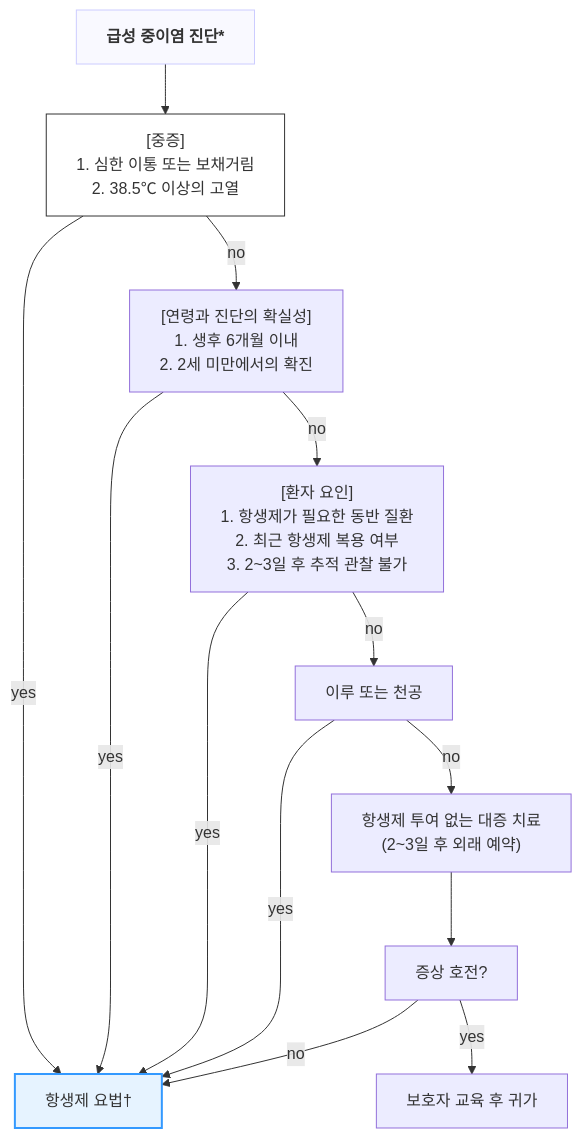
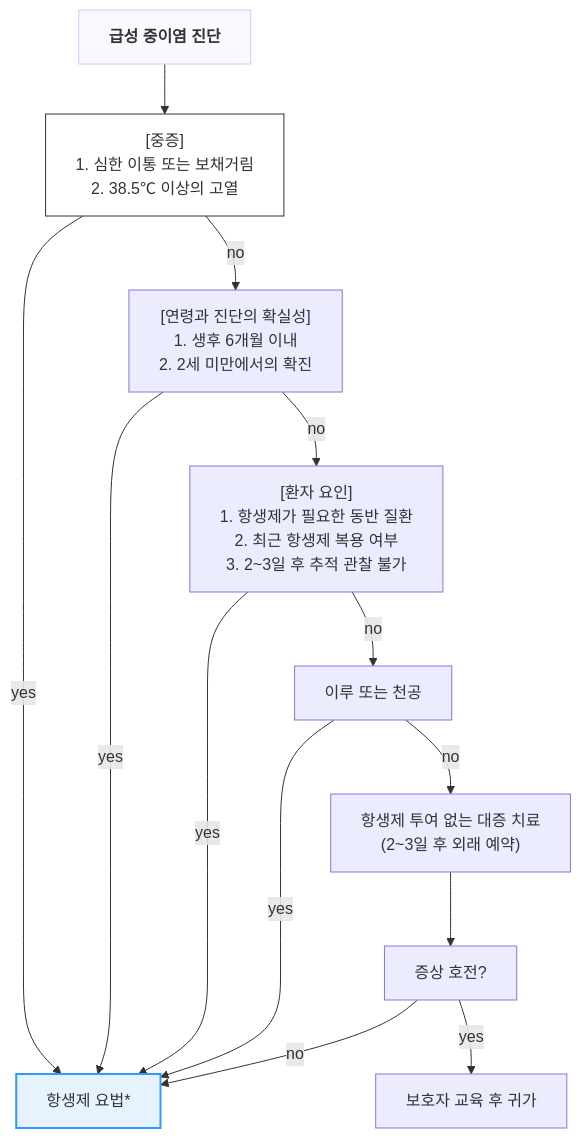
The second of 3 diagrams in 222_/048_-otitis-media.md (familyoh77/familyoh77), drawn with Mermaid before and after one commit. The commit also changed other lines of this file, not shown here.

````diff
--- a/222_/048_-otitis-media.md
+++ b/222_/048_-otitis-media.md
@@ -293,34 +289,34 @@
 ```mermaid
 graph TD
-    Start["<b>급성 중이염 진단*</b>"]
+    Start["<b>급성 중이염 진단</b>"]
 
     Severity["[중증]<br/>1. 심한 이통 또는 보채거림<br/>2. 38.5℃ 이상의 고열"]
     
     Start --> Severity
     
-    Severity -- "yes" --> Antibiotics["항생제 요법†"]
+    Severity -- "yes" --> Antibiotics["항생제 요법*"]
     
     Severity -- "no" --> Certainty["[연령과 진단의 확실성]<br/>1. 생후 6개월 이내<br/>2. 2세 미만에서의 확진"]
     
     Certainty -- "yes" --> Antibiotics
     
     Certainty -- "no" --> PatientFactor["[환자 요인]<br/>1. 항생제가 필요한 동반 질환<br/>2. 최근 항생제 복용 여부<br/>3. 2~3일 후 추적 관찰 불가"]
     
     PatientFactor -- "yes" --> Antibiotics
     
     PatientFactor -- "no" --> Otorrhea["이루 또는 천공"]
     
     Otorrhea -- "yes" --> Antibiotics
     
     Otorrhea -- "no" --> Supportive["항생제 투여 없는 대증 치료<br/>(2~3일 후 외래 예약)"]
     
     Supportive --> Improvement["증상 호전?"]
     
     Improvement -- "no" --> Antibiotics
     
     Improvement -- "yes" --> Home["보호자 교육 후 귀가"]
 
     style Start fill:#f9f9ff,stroke:#ccccff
     style Antibiotics fill:#e6f3ff,stroke:#3399ff,stroke-width:2px
     style Severity fill:#fff,stroke:#333
 ```
````
